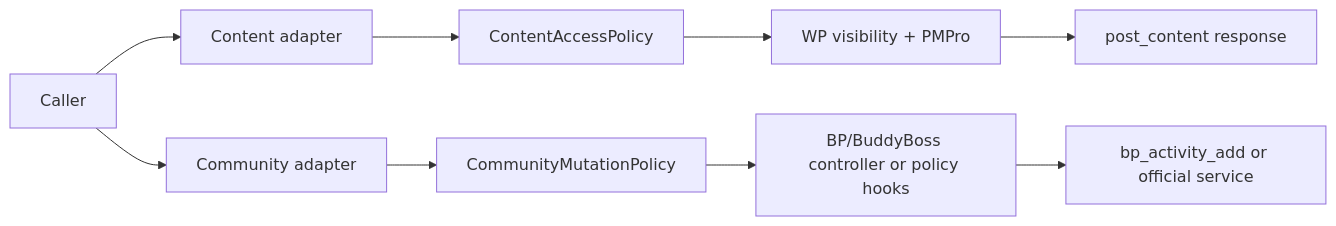
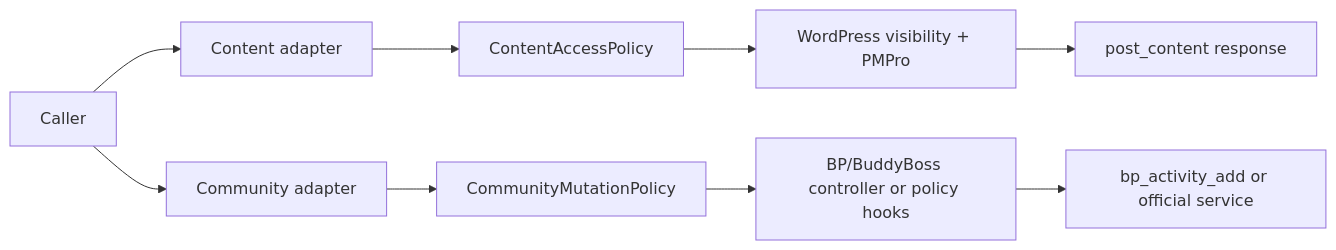
One commit to kulkarnitech/WP-WebMCP changed the third of 3 diagrams in security-hardening/proposals/domain-aware-authorization.md. Above: the diagram before and after it, drawn with Mermaid. The commit also changed other lines of this file and 31 other files, not shown here.

Commit message:
Finalize WebMCP Layer for WordPress

````diff
--- a/security-hardening/proposals/domain-aware-authorization.md
+++ b/security-hardening/proposals/domain-aware-authorization.md
@@ -78,11 +78,11 @@
 ```mermaid
 flowchart LR
   U[Caller] --> P[Content adapter]
   U --> B[Community adapter]
   P --> CP[ContentAccessPolicy]
   B --> MP[CommunityMutationPolicy]
-  CP --> W[WP visibility + PMPro]
+  CP --> W[WordPress visibility + PMPro]
   MP --> D[BP/BuddyBoss controller or policy hooks]
   W --> C[post_content response]
   D --> A[bp_activity_add or official service]
 ```
````
